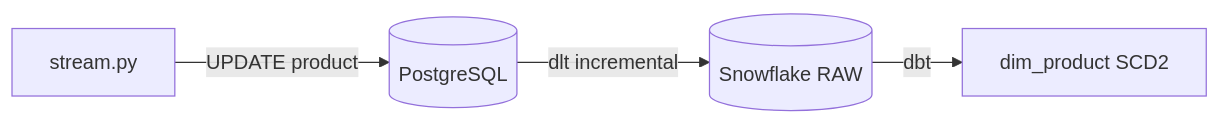
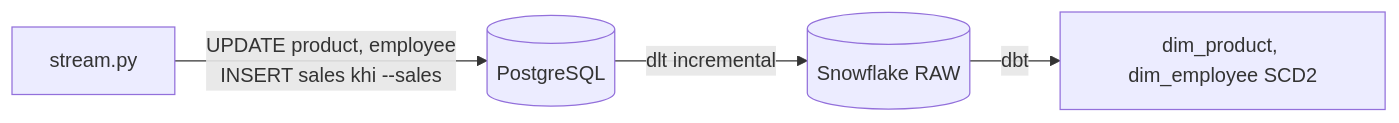
Before and after one commit to whtbl3/retail-pulse: the second of 3 diagrams in docs/design/data-generator.md, drawn with Mermaid. The commit also changed other lines of this file and 23 other files, not shown here.

````diff
--- a/docs/design/data-generator.md
+++ b/docs/design/data-generator.md
@@ -345,6 +93,6 @@
 ```mermaid
 flowchart LR
-    S[stream.py] -->|UPDATE product| PG[(PostgreSQL)]
+    S[stream.py] -->|UPDATE product, employee<br/>INSERT sales khi --sales| PG[(PostgreSQL)]
     PG -->|dlt incremental| RAW[(Snowflake RAW)]
-    RAW -->|dbt| DIM[dim_product SCD2]
+    RAW -->|dbt| DIM[dim_product, dim_employee SCD2]
 ```
````
